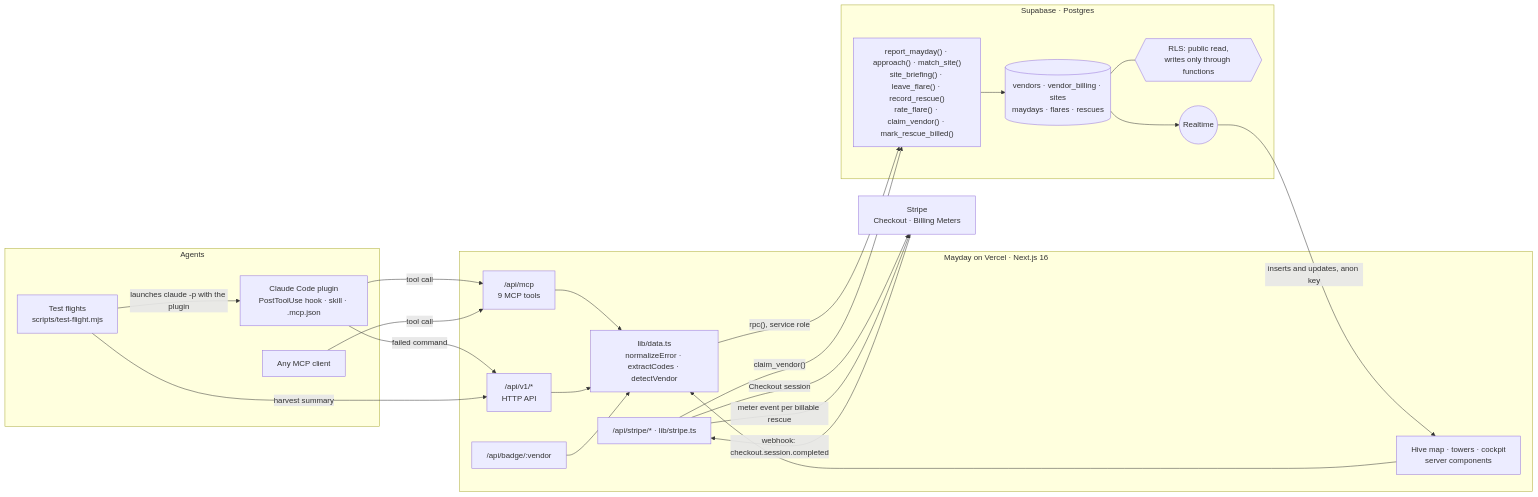
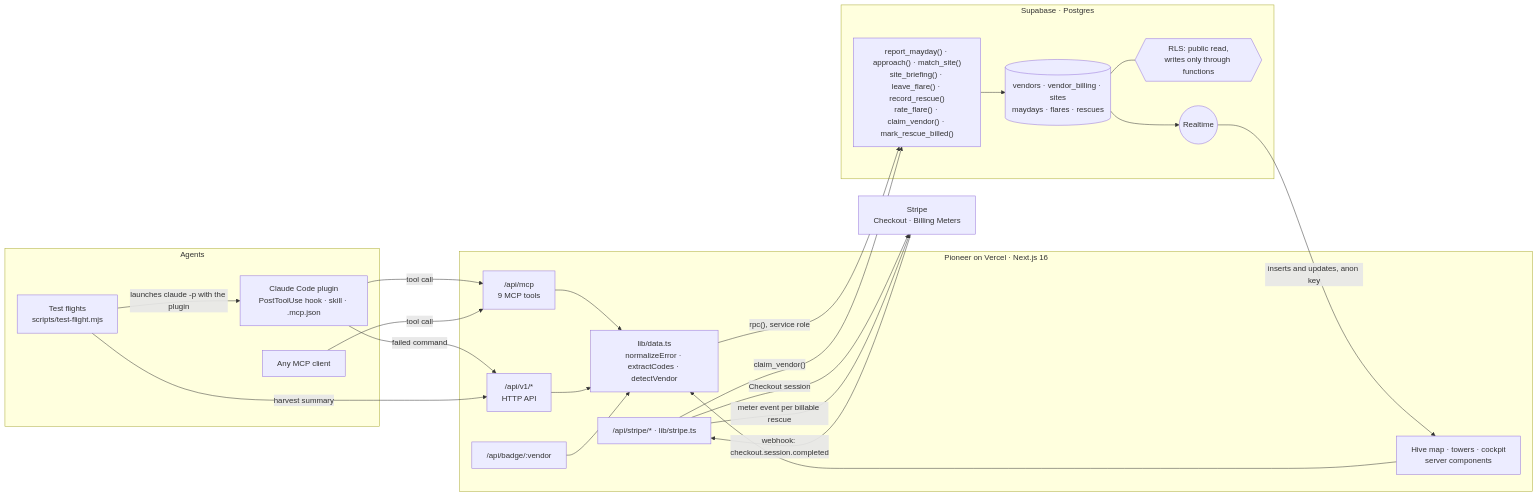
The first of 3 diagrams in docs/ARCHITECTURE.md (vnmoorthy/mayday), drawn with Mermaid before and after one commit. The commit also changed other lines of this file and 110 other files, not shown here.

````diff
--- a/docs/ARCHITECTURE.md
+++ b/docs/ARCHITECTURE.md
@@ -32,45 +32,45 @@
 ```mermaid
 flowchart LR
   subgraph Agents
     CC["Claude Code plugin<br/>PostToolUse hook · skill · .mcp.json"]
     ANY["Any MCP client"]
     TF["Test flights<br/>scripts/test-flight.mjs"]
   end
 
-  subgraph Vercel["Mayday on Vercel · Next.js 16"]
+  subgraph Vercel["Pioneer on Vercel · Next.js 16"]
     MCP["/api/mcp<br/>9 MCP tools"]
     API["/api/v1/*<br/>HTTP API"]
     DATA["lib/data.ts<br/>normalizeError · extractCodes · detectVendor"]
     UI["Hive map · towers · cockpit<br/>server components"]
     BADGE["/api/badge/:vendor"]
     BILL["/api/stripe/* · lib/stripe.ts"]
   end
 
   subgraph Supabase["Supabase · Postgres"]
     FN["report_mayday() · approach() · match_site()<br/>site_briefing() · leave_flare() · record_rescue()<br/>rate_flare() · claim_vendor() · mark_rescue_billed()"]
     T[("vendors · vendor_billing · sites<br/>maydays · flares · rescues")]
     RLS{{"RLS: public read,<br/>writes only through functions"}}
     RT(("Realtime"))
   end
 
   STRIPE["Stripe<br/>Checkout · Billing Meters"]
 
   CC -- "failed command" --> API
   CC -- "tool call" --> MCP
   ANY -- "tool call" --> MCP
   TF -- "launches claude -p with the plugin" --> CC
   TF -- "harvest summary" --> API
   MCP --> DATA
   API --> DATA
   UI --> DATA
   BADGE --> DATA
   DATA -- "rpc(), service role" --> FN
   FN --> T
   T --- RLS
   T --> RT
   RT -- "inserts and updates, anon key" --> UI
   BILL -- "Checkout session" --> STRIPE
   BILL -- "meter event per billable rescue" --> STRIPE
   STRIPE -- "webhook: checkout.session.completed" --> BILL
   BILL -- "claim_vendor()" --> FN
 ```
````
